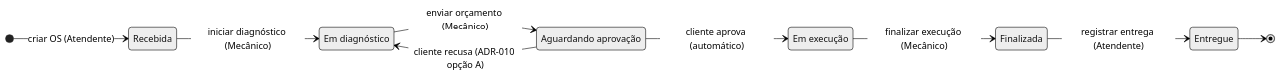
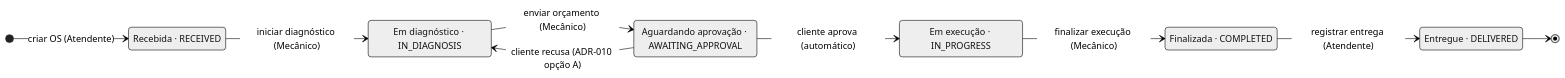
One commit to HermandoThiago/FIAP-SOAT changed the diagram in docs/01-requisitos/PRD-004-acompanhamento-e-status.md. Above: the diagram before and after it, drawn with Mermaid (neutral theme). The commit also changed other lines of this file and 42 other files, not shown here.

````diff
--- a/docs/01-requisitos/PRD-004-acompanhamento-e-status.md
+++ b/docs/01-requisitos/PRD-004-acompanhamento-e-status.md
@@ -17,15 +17,18 @@
 ```mermaid
 stateDiagram-v2
     direction LR
     [*] --> Recebida: criar OS (Atendente)
     Recebida --> EmDiagnostico: iniciar diagnóstico (Mecânico)
     EmDiagnostico --> AguardandoAprovacao: enviar orçamento (Mecânico)
     AguardandoAprovacao --> EmExecucao: cliente aprova (automático)
     AguardandoAprovacao --> EmDiagnostico: cliente recusa (ADR-010 opção A)
     EmExecucao --> Finalizada: finalizar execução (Mecânico)
     Finalizada --> Entregue: registrar entrega (Atendente)
     Entregue --> [*]
-    state "Em diagnóstico" as EmDiagnostico
-    state "Aguardando aprovação" as AguardandoAprovacao
-    state "Em execução" as EmExecucao
+    state "Recebida · RECEIVED" as Recebida
+    state "Em diagnóstico · IN_DIAGNOSIS" as EmDiagnostico
+    state "Aguardando aprovação · AWAITING_APPROVAL" as AguardandoAprovacao
+    state "Em execução · IN_PROGRESS" as EmExecucao
+    state "Finalizada · COMPLETED" as Finalizada
+    state "Entregue · DELIVERED" as Entregue
 ```
````
